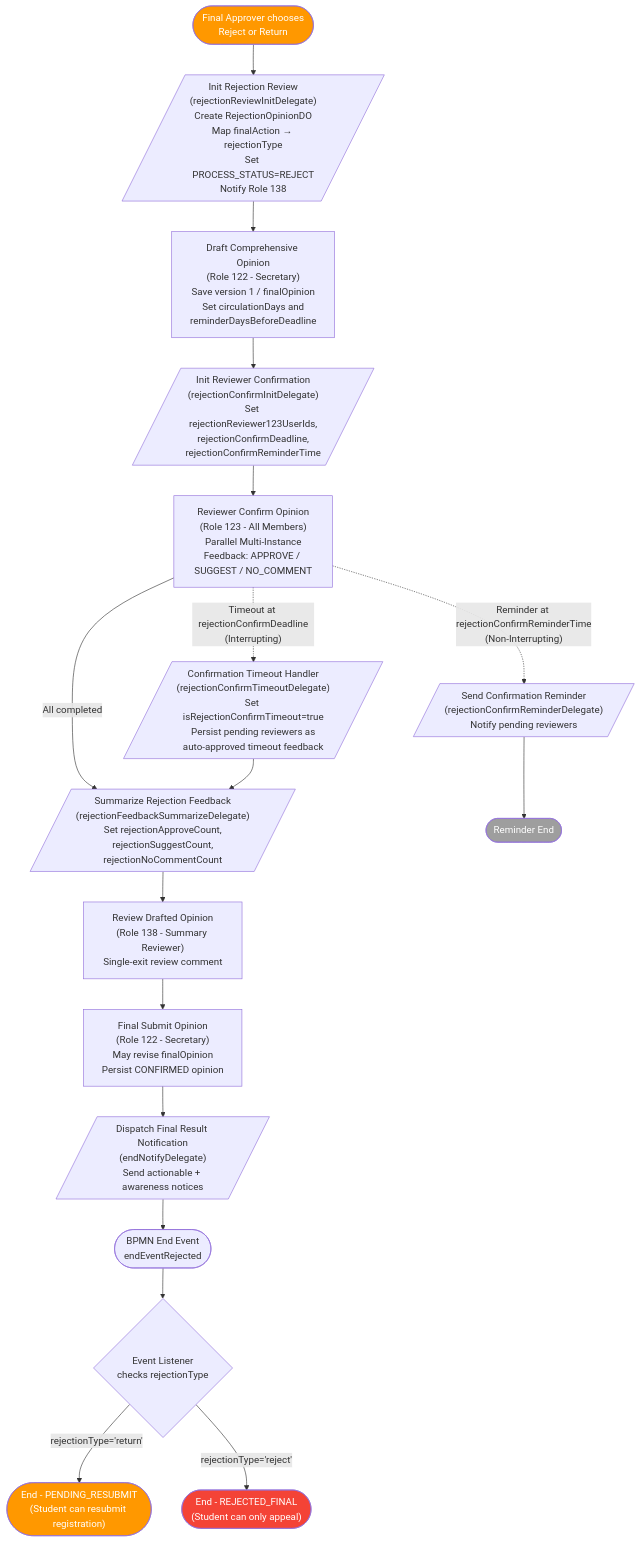
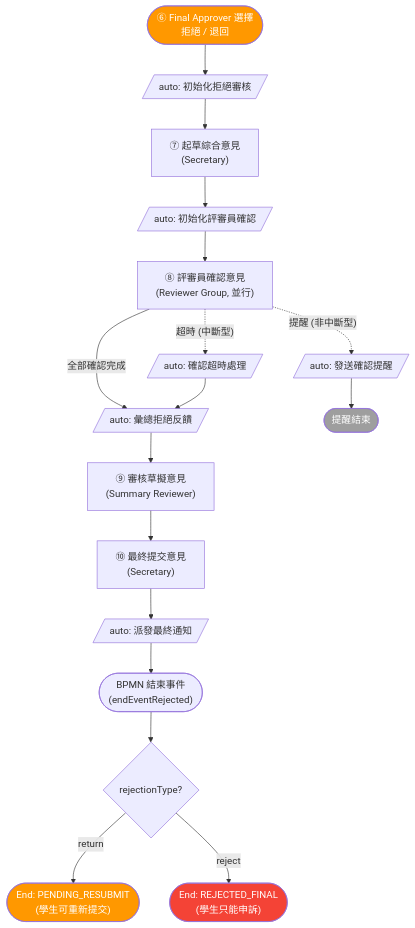
Before and after one commit to OneStar-Projects/SLAS-Docs: the second of 7 diagrams in student-org-workflow-flowcharts.md, drawn with Mermaid. The commit also changed other lines of this file and 1 other file, not shown here.

````diff
--- a/student-org-workflow-flowcharts.md
+++ b/student-org-workflow-flowcharts.md
@@ -96,48 +145,33 @@
 ```mermaid
 flowchart TD
-    EntryPoint(["Final Approver chooses<br>Reject or Return"])
-    EntryPoint --> InitRejection
-
-    InitRejection[/"Init Rejection Review<br>(rejectionReviewInitDelegate)<br>Create RejectionOpinionDO<br>Map finalAction → rejectionType<br>Set PROCESS_STATUS=REJECT<br>Notify Role 138"/]
+    EntryPoint(["⑥ Final Approver 選擇<br/>拒絕 / 退回"])
+    EntryPoint --> InitRejection[/"auto: 初始化拒絕審核"/]
     InitRejection --> DraftOpinion
 
-    DraftOpinion["Draft Comprehensive Opinion<br>(Role 122 - Secretary)<br>Save version 1 / finalOpinion<br>Set circulationDays and<br>reminderDaysBeforeDeadline"]
-    DraftOpinion --> InitConfirm
-
-    InitConfirm[/"Init Reviewer Confirmation<br>(rejectionConfirmInitDelegate)<br>Set rejectionReviewer123UserIds,<br>rejectionConfirmDeadline,<br>rejectionConfirmReminderTime"/]
+    DraftOpinion["⑦ 起草綜合意見<br/>(Secretary)"]
+    DraftOpinion --> InitConfirm[/"auto: 初始化評審員確認"/]
     InitConfirm --> ReviewerConfirm
 
-    ReviewerConfirm["Reviewer Confirm Opinion<br>(Role 123 - All Members)<br>Parallel Multi-Instance<br>Feedback: APPROVE / SUGGEST / NO_COMMENT"]
+    ReviewerConfirm["⑧ 評審員確認意見<br/>(Reviewer Group, 並行)"]
+    ReviewerConfirm -->|"全部確認完成"| SummarizeFeedback
+    ReviewerConfirm -.->|"超時 (中斷型)"| ConfirmTimeout[/"auto: 確認超時處理"/]
+    ReviewerConfirm -.->|"提醒 (非中斷型)"| ConfirmReminder[/"auto: 發送確認提醒"/]
 
-    ReviewerConfirm -->|"All completed"| SummarizeFeedback
-    ReviewerConfirm -.->|"Timeout at rejectionConfirmDeadline<br>(Interrupting)"| ConfirmTimeout
-    ReviewerConfirm -.->|"Reminder at rejectionConfirmReminderTime<br>(Non-Interrupting)"| ConfirmReminder
+    ConfirmTimeout --> SummarizeFeedback
+    ConfirmReminder --> ConfirmReminderEnd(["提醒結束"])
 
-    ConfirmTimeout[/"Confirmation Timeout Handler<br>(rejectionConfirmTimeoutDelegate)<br>Set isRejectionConfirmTimeout=true<br>Persist pending reviewers as<br>auto-approved timeout feedback"/]
-    ConfirmTimeout --> SummarizeFeedback
+    SummarizeFeedback[/"auto: 彙總拒絕反饋"/]
+    SummarizeFeedback --> SummaryReview["⑨ 審核草擬意見<br/>(Summary Reviewer)"]
+    SummaryReview --> SecretaryFinalSubmit["⑩ 最終提交意見<br/>(Secretary)"]
+    SecretaryFinalSubmit --> EndNotify[/"auto: 派發最終通知"/]
+    EndNotify --> EndEventRejected(["BPMN 結束事件<br/>(endEventRejected)"])
 
-    ConfirmReminder[/"Send Confirmation Reminder<br>(rejectionConfirmReminderDelegate)<br>Notify pending reviewers"/]
-    ConfirmReminder --> ConfirmReminderEnd([Reminder End])
-
-    SummarizeFeedback[/"Summarize Rejection Feedback<br>(rejectionFeedbackSummarizeDelegate)<br>Set rejectionApproveCount,<br>rejectionSuggestCount,<br>rejectionNoCommentCount"/]
-    SummarizeFeedback --> SummaryReview
-
-    SummaryReview["Review Drafted Opinion<br>(Role 138 - Summary Reviewer)<br>Single-exit review comment"]
-    SummaryReview --> SecretaryFinalSubmit
-
-    SecretaryFinalSubmit["Final Submit Opinion<br>(Role 122 - Secretary)<br>May revise finalOpinion<br>Persist CONFIRMED opinion"]
-    SecretaryFinalSubmit --> EndNotify
-
-    EndNotify[/"Dispatch Final Result Notification<br>(endNotifyDelegate)<br>Send actionable + awareness notices"/]
-    EndNotify --> EndEventRejected(["BPMN End Event<br>endEventRejected"])
-
-    EndEventRejected --> TypeGate{Event Listener<br>checks rejectionType}
-
-    TypeGate -->|"rejectionType='return'"| EndResubmit(["End - PENDING_RESUBMIT<br>(Student can resubmit registration)"])
-    TypeGate -->|"rejectionType='reject'"| EndRejected(["End - REJECTED_FINAL<br>(Student can only appeal)"])
+    EndEventRejected --> TypeGate{rejectionType?}
+    TypeGate -->|"return"| EndResubmit(["End: PENDING_RESUBMIT<br/>(學生可重新提交)"])
+    TypeGate -->|"reject"| EndRejected(["End: REJECTED_FINAL<br/>(學生只能申訴)"])
 
     style EntryPoint fill:#FF9800,color:#fff
     style EndRejected fill:#f44336,color:#fff
     style EndResubmit fill:#FF9800,color:#fff
     style ConfirmReminderEnd fill:#9E9E9E,color:#fff
 ```
````
